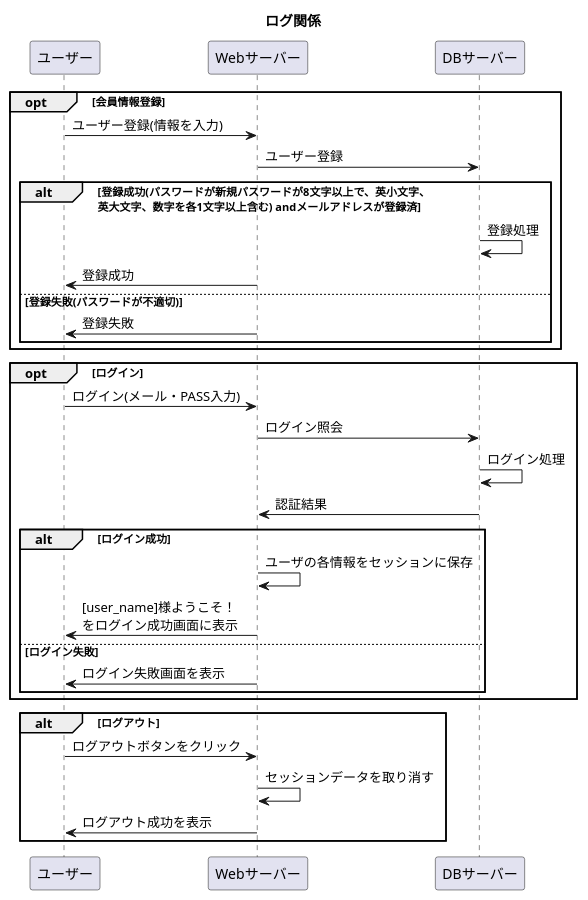
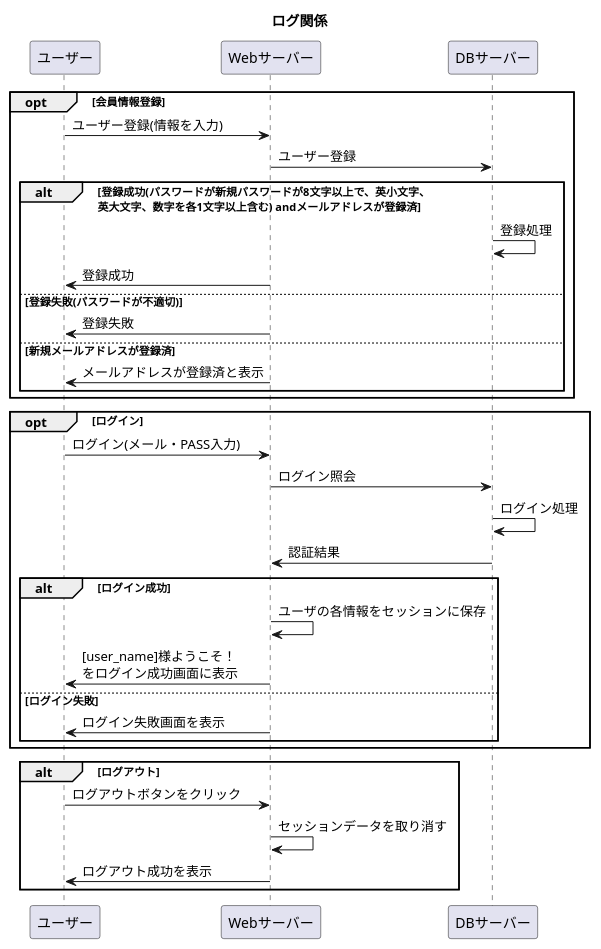
One commit to Aso2001195/Aso-Sports changed the diagram in 設計書/02_業務フロー/Log-flow.md. Above: the diagram before and after it, drawn with PlantUML.

````diff
--- a/設計書/02_業務フロー/Log-flow.md
+++ b/設計書/02_業務フロー/Log-flow.md
@@ -1,33 +1,35 @@
 ```uml
 @startuml
 title: ログ関係
 opt 会員情報登録
   ユーザー -> Webサーバー : ユーザー登録(情報を入力)
   Webサーバー -> DBサーバー : ユーザー登録
   alt 登録成功(パスワードが新規パスワードが8文字以上で、英小文字、\n英大文字、数字を各1文字以上含む) andメールアドレスが登録済
     DBサーバー -> DBサーバー : 登録処理
     Webサーバー -> ユーザー : 登録成功
   else 登録失敗(パスワードが不適切)
     Webサーバー -> ユーザー : 登録失敗
+  else 新規メールアドレスが登録済
+    Webサーバー -> ユーザー : メールアドレスが登録済と表示
   end
 end
   opt ログイン
       ユーザー -> Webサーバー : ログイン(メール・PASS入力)
       Webサーバー -> DBサーバー : ログイン照会
       DBサーバー -> DBサーバー : ログイン処理
       DBサーバー -> Webサーバー : 認証結果
       alt ログイン成功
       Webサーバー -> Webサーバー : ユーザの各情報をセッションに保存
         Webサーバー -> ユーザー : [user_name]様ようこそ！\nをログイン成功画面に表示
        else ログイン失敗
         Webサーバー -> ユーザー : ログイン失敗画面を表示
       end
  end
       
     alt ログアウト
       ユーザー ->Webサーバー :ログアウトボタンをクリック
       Webサーバー -> Webサーバー :セッションデータを取り消す
       Webサーバー -> ユーザー :ログアウト成功を表示 
      end
 @enduml
 ```
````
